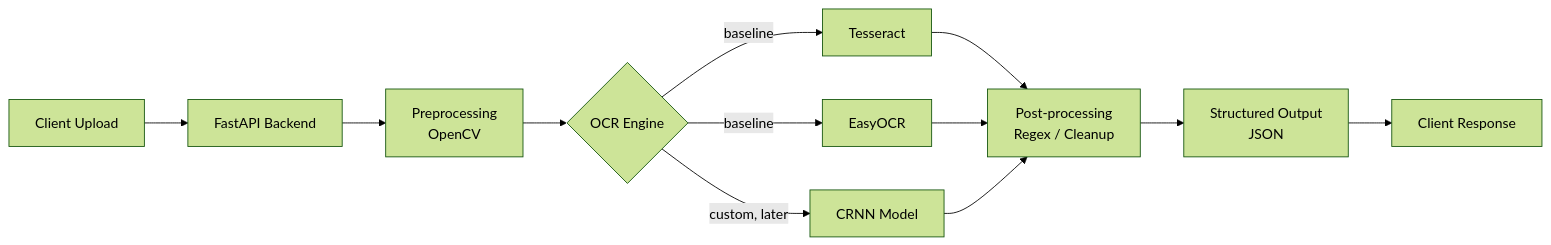
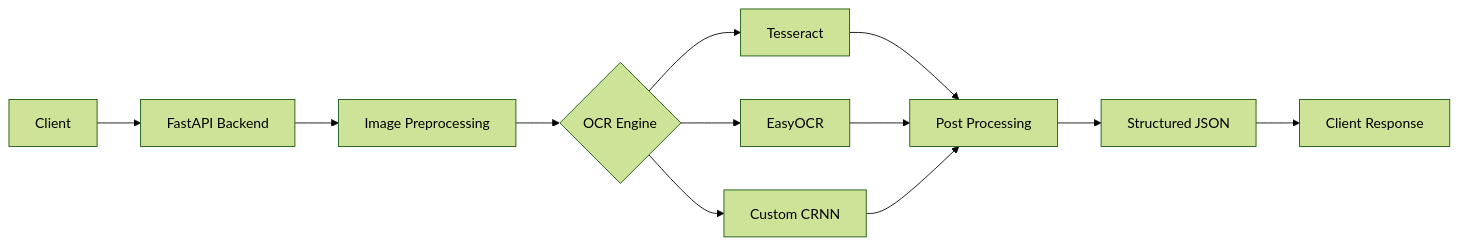
Before and after one commit to finalSay9/neural_networks: the first of 5 diagrams in README.md, drawn with Mermaid (forest theme). The commit also changed other lines of this file, not shown here.

````diff
--- a/README.md
+++ b/README.md
@@ -22,14 +65,27 @@
 ```mermaid
 flowchart LR
-    A[Client Upload] --> B[FastAPI Backend]
-    B --> C[Preprocessing<br/>OpenCV]
+
+    A[Client]
+
+    A --> B[FastAPI Backend]
+
+    B --> C[Image Preprocessing]
+
     C --> D{OCR Engine}
-    D -->|baseline| E[Tesseract]
-    D -->|baseline| F[EasyOCR]
-    D -->|custom, later| G[CRNN Model]
-    E --> H[Post-processing<br/>Regex / Cleanup]
+
+    D --> E[Tesseract]
+
+    D --> F[EasyOCR]
+
+    D --> G[Custom CRNN]
+
+    E --> H[Post Processing]
+
     F --> H
+
     G --> H
-    H --> I[Structured Output<br/>JSON]
+
+    H --> I[Structured JSON]
+
     I --> J[Client Response]
 ```
````
